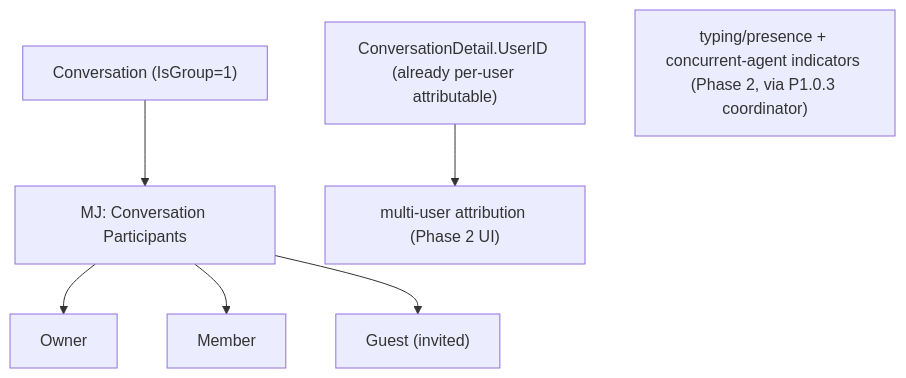
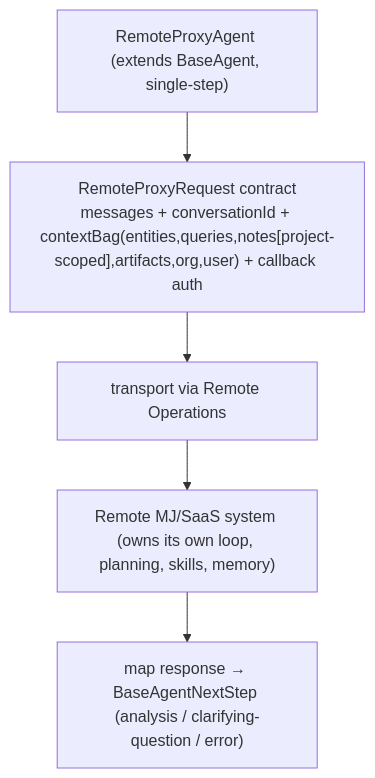
The eighth of 9 diagrams in plans/conversations-mega-phase-1-wbs.md (MemberJunction/MJ), drawn with Mermaid before and after one commit. The commit also changed other lines of this file, not shown here.

First line of the commit message:
docs: finalize Mega Phase 1 plan — realtime + proxy findings, revised decisions

````diff
--- a/plans/conversations-mega-phase-1-wbs.md
+++ b/plans/conversations-mega-phase-1-wbs.md
@@ -380,9 +325,7 @@
 ```mermaid
 flowchart TB
-  C["Conversation (IsGroup=1)"] --> P["MJ: Conversation Participants"]
-  P --> R1["Owner"]
-  P --> R2["Member"]
-  P --> R3["Guest (invited)"]
-  D["ConversationDetail.UserID (already per-user attributable)"] --> ATTR["multi-user attribution (Phase 2 UI)"]
-  PRES["typing/presence + concurrent-agent indicators (Phase 2, via P1.0.3 coordinator)"]
+  A["RemoteProxyAgent (extends BaseAgent, single-step)"] --> REQ["RemoteProxyRequest contract<br/>messages + conversationId + contextBag(entities,queries,notes[project-scoped],artifacts,org,user) + callback auth"]
+  REQ --> RO["transport via Remote Operations"]
+  RO --> REMOTE["Remote MJ/SaaS system (owns its own loop, planning, skills, memory)"]
+  REMOTE --> MAP["map response → BaseAgentNextStep (analysis / clarifying-question / error)"]
 ```
````
